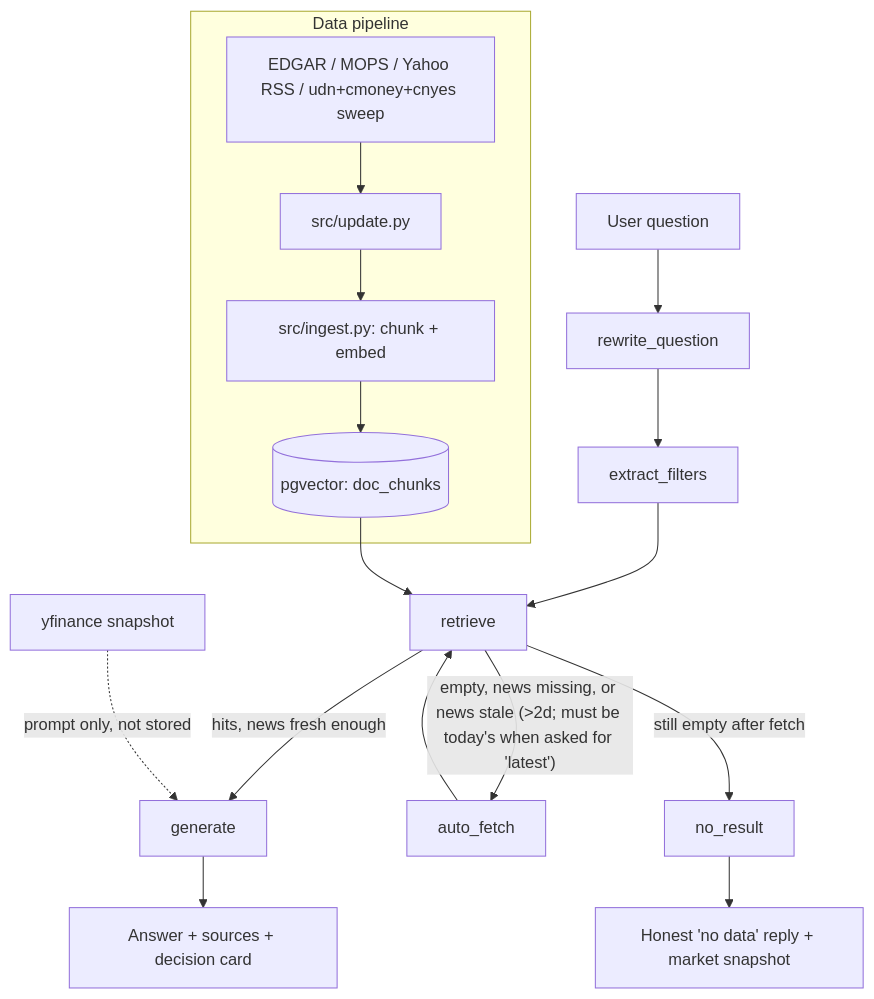
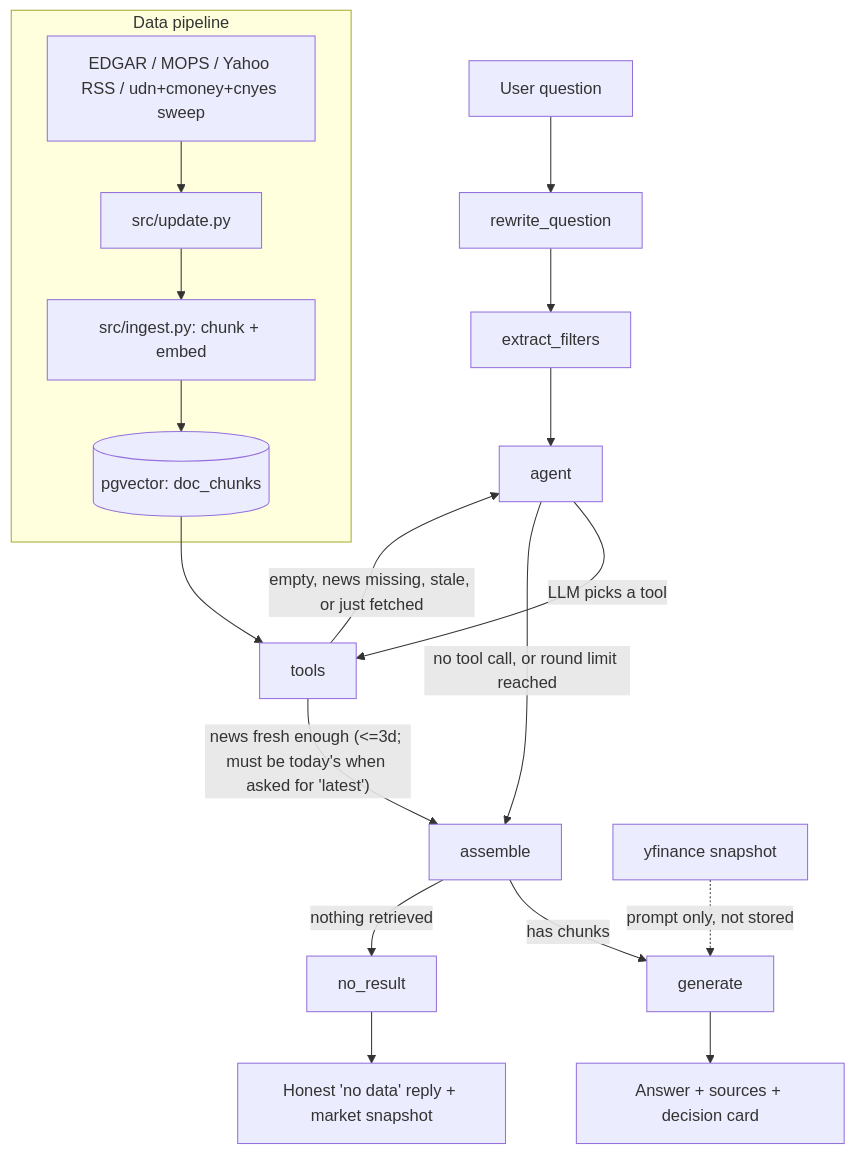
The first of 2 diagrams in README.md (thelilywang/finance-ai-assistant), drawn with Mermaid before and after one commit. The commit also changed other lines of this file and 2 other files, not shown here.

Commit message:
docs: sync architecture diagrams with the current LangGraph structure
The six mermaid blocks and the node tables still described the pre-09-07
flow, with retrieve and auto_fetch nodes that no longer exist. They were
already stale before this branch; the routing change made the gap worse.

Redrawn from the actual build_graph().get_graph().draw_mermaid() output
so the node and edge sets match the code: agent -> tools/assemble,
tools -> assemble/agent, assemble -> generate/no_result. Also updates the
four one-line node-flow strings and replaces the retrieve/auto_fetch rows
in the node tables with agent/tools/assemble.

````diff
--- a/README.md
+++ b/README.md
@@ -58,20 +58,22 @@
 ```mermaid
 flowchart TD
     U[User question] --> RW[rewrite_question]
     RW --> EF[extract_filters]
-    EF --> RT[retrieve]
-    RT -->|"hits, news fresh enough"| GEN[generate]
-    RT -->|"empty, news missing, or news stale (>2d; must be today's when asked for 'latest')"| AF[auto_fetch]
-    AF --> RT
-    RT -->|still empty after fetch| NR[no_result]
+    EF --> AG[agent]
+    AG -->|LLM picks a tool| TL[tools]
+    AG -->|no tool call, or round limit reached| AS[assemble]
+    TL -->|"news fresh enough (<=3d; must be today's when asked for 'latest')"| AS
+    TL -->|"empty, news missing, stale, or just fetched"| AG
+    AS -->|has chunks| GEN[generate]
+    AS -->|nothing retrieved| NR[no_result]
     GEN --> A[Answer + sources + decision card]
     NR --> B["Honest 'no data' reply + market snapshot"]
 
     subgraph Data pipeline
         SRC[EDGAR / MOPS / Yahoo RSS / udn+cmoney+cnyes sweep] --> UP[src/update.py]
         UP --> ING[src/ingest.py: chunk + embed]
         ING --> PG[(pgvector: doc_chunks)]
     end
-    PG --> RT
+    PG --> TL
     YF[yfinance snapshot] -.prompt only, not stored.-> GEN
 ```
````
